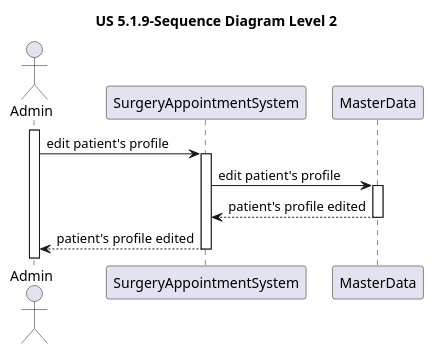
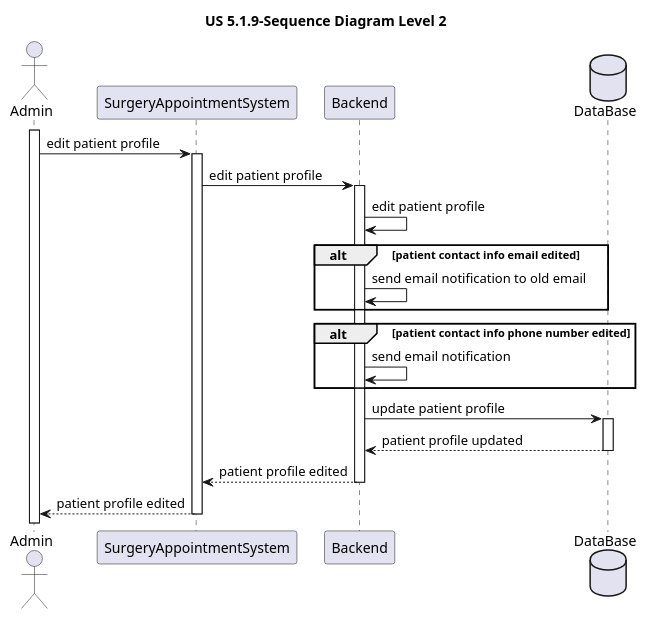
Before and after one commit to MateusCabral2004/sem5pi: the diagram in docs/Sprint 1/US 5.1.9/Sequence Diagrams/Level2/SD_Level2.puml, drawn with PlantUML. The commit also changed 7 other files, not shown here.

Commit message:
#23 sequence diagram level 1

```diff
--- a/docs/Sprint 1/US 5.1.9/Sequence Diagrams/Level2/SD_Level2.puml
+++ b/docs/Sprint 1/US 5.1.9/Sequence Diagrams/Level2/SD_Level2.puml
@@ -1,23 +1,39 @@
 @startuml
 title US 5.1.9-Sequence Diagram Level 2
 
 actor Admin
 participant SurgeryAppointmentSystem
-participant MasterData
+participant Backend
+database DataBase
 
 activate Admin
 
-Admin -> SurgeryAppointmentSystem: edit patient's profile
+Admin -> SurgeryAppointmentSystem: edit patient profile
 
 activate SurgeryAppointmentSystem
 
-SurgeryAppointmentSystem -> MasterData: edit patient's profile
+SurgeryAppointmentSystem -> Backend: edit patient profile
 
-activate MasterData
+activate Backend 
 
-MasterData --> SurgeryAppointmentSystem: patient's profile edited
-deactivate MasterData
+Backend -> Backend:edit patient profile
+alt patient contact info email edited
+Backend -> Backend: send email notification to old email
+end
 
-SurgeryAppointmentSystem --> Admin: patient's profile edited
+alt patient contact info phone number edited
+Backend-> Backend: send email notification
+end
+
+Backend -> DataBase: update patient profile
+activate DataBase
+
+DataBase --> Backend: patient profile updated
+deactivate DataBase
+
+Backend --> SurgeryAppointmentSystem: patient profile edited
+deactivate Backend
+
+SurgeryAppointmentSystem --> Admin: patient profile edited
 deactivate SurgeryAppointmentSystem
 @enduml
```
